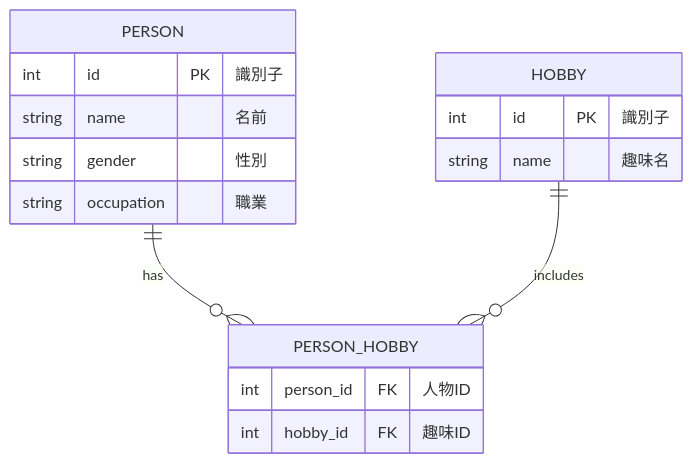
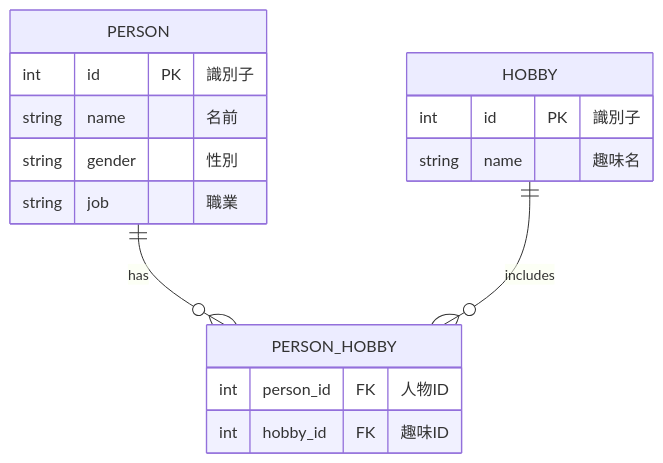
The diagram in er.mermaid.md (k-suzumi/meibo-app), drawn with Mermaid before and after one commit. The commit also changed 7 other files, not shown here.

Commit message:
occupation → job

````diff
--- a/er.mermaid.md
+++ b/er.mermaid.md
@@ -1,22 +1,22 @@
 ```mermaid
 erDiagram
     PERSON {
         int id PK "識別子"
         string name "名前"
         string gender "性別"
-        string occupation "職業"
+        string job "職業"
     }
 
     HOBBY {
         int id PK "識別子"
         string name "趣味名"
     }
 
     PERSON_HOBBY {
         int person_id FK "人物ID"
         int hobby_id FK "趣味ID"
     }
 
     PERSON ||--o{ PERSON_HOBBY : has
     HOBBY ||--o{ PERSON_HOBBY : includes
 ```
````
